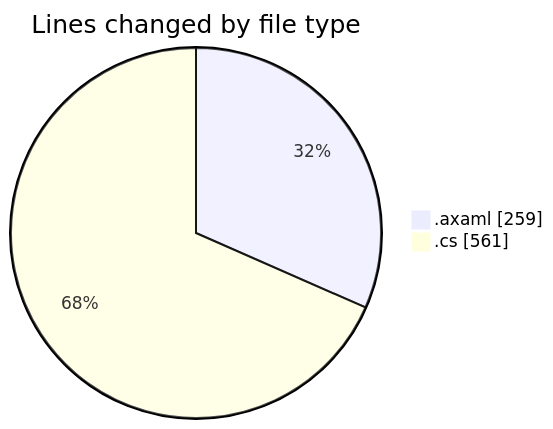
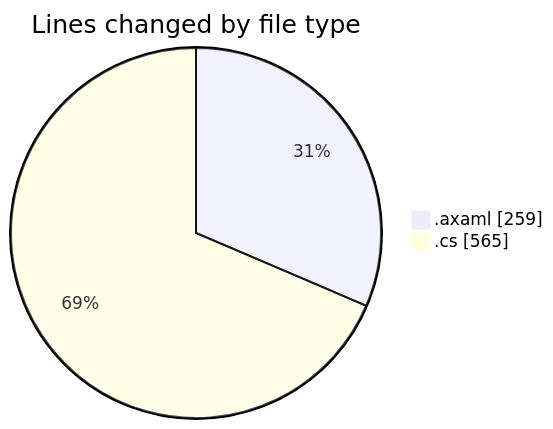
The first of 2 diagrams in 2025-11-01/skintrack/README.md (Netris89/code-tracking), drawn with Mermaid before and after one commit. The commit also changed other lines of this file and 1 other file, not shown here.

````diff
--- a/2025-11-01/skintrack/README.md
+++ b/2025-11-01/skintrack/README.md
@@ -26,6 +26,6 @@
 ```mermaid
 pie showData
 title Lines changed by file type
 ".axaml" : 259
-".cs" : 561
+".cs" : 565
 ```
````
